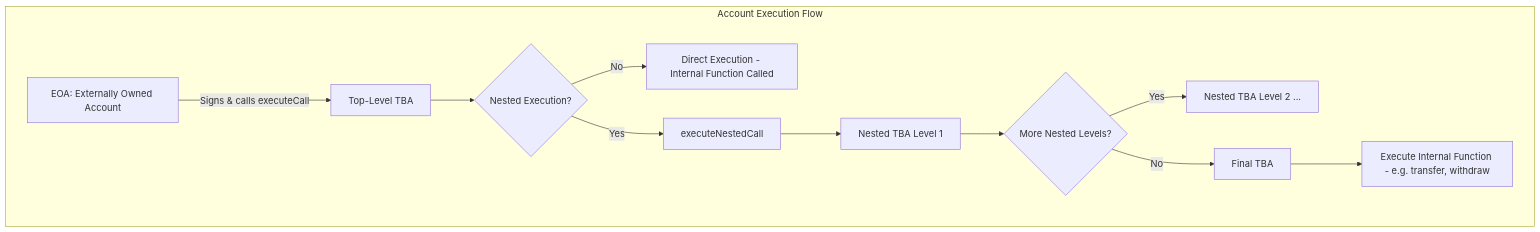
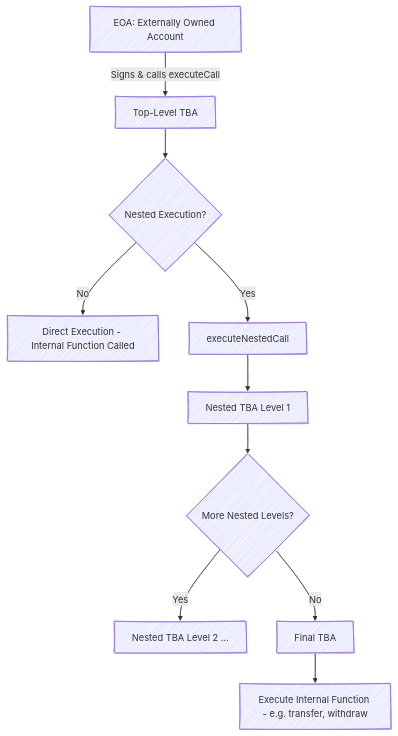
The first of 2 diagrams in README.md (CheyneWeb3/InHaus-NFT-Smart-Wallets-ERC6551), drawn with Mermaid before and after one commit.

````diff
--- a/README.md
+++ b/README.md
@@ -79,18 +79,21 @@
 ```mermaid
+---
+config:
+  layout: fixed
+  theme: mc
+  look: handDrawn
+---
 flowchart TD
-    %% Execution Flow Section
-    subgraph ExecutionFlow [Account Execution Flow]
-      A[EOA: Externally Owned Account] -->|Signs & calls executeCall| B[Top-Level TBA]
-      B --> C{Nested Execution?}
-      C -- No --> D[Direct Execution - Internal Function Called]
-      C -- Yes --> E[executeNestedCall]
-      E --> F[Nested TBA Level 1]
-      F --> G{More Nested Levels?}
-      G -- Yes --> H[Nested TBA Level 2 ...]
-      G -- No --> I[Final TBA]
-      I --> J[Execute Internal Function - e.g. transfer, withdraw]
-    end
+    A["EOA: Externally Owned Account"] -- Signs & calls executeCall --> B["Top-Level TBA"]
+    B --> C{"Nested Execution?"}
+    C -- No --> D["Direct Execution - Internal Function Called"]
+    C -- Yes --> E["executeNestedCall"]
+    E --> F["Nested TBA Level 1"]
+    F --> G{"More Nested Levels?"}
+    G -- Yes --> H["Nested TBA Level 2 ..."]
+    G -- No --> I["Final TBA"]
+    I --> J["Execute Internal Function - e.g. transfer, withdraw"]
 
  
 
 ```
````
